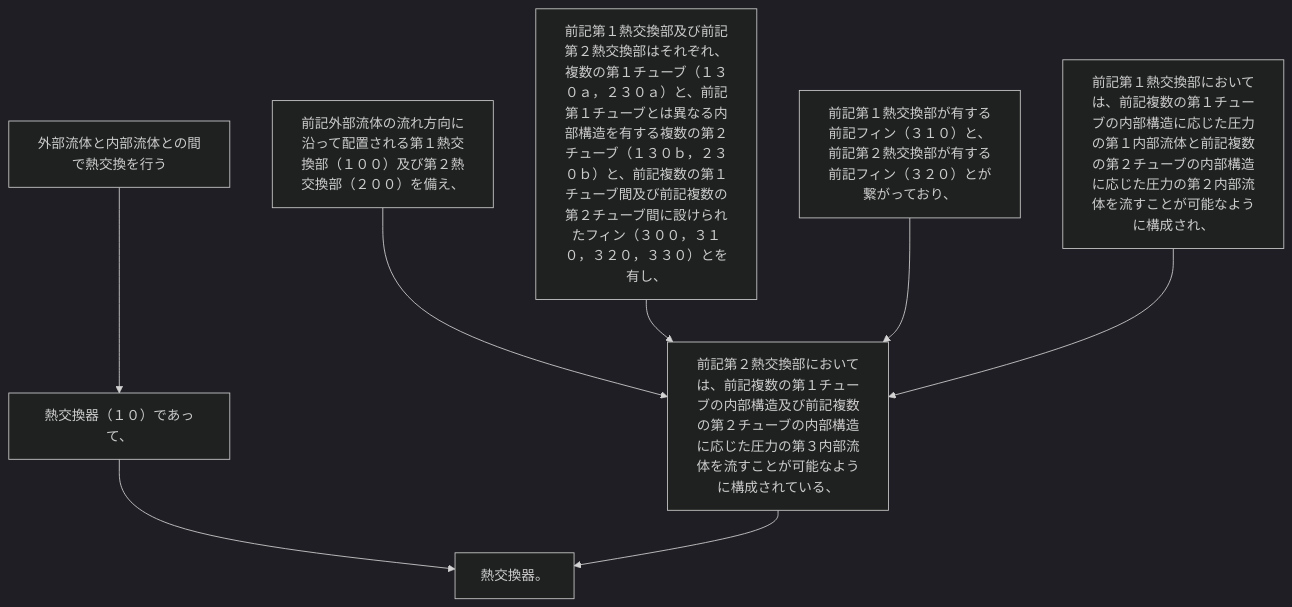
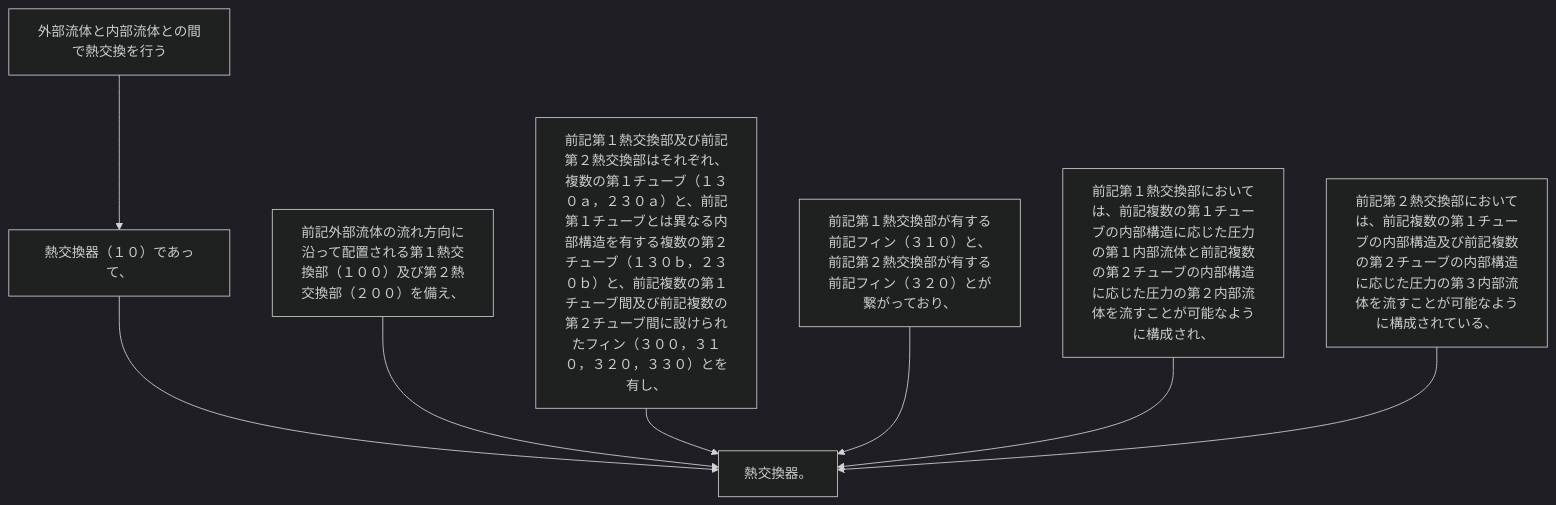
The diagram in 2024/JP2024007944A/claim_1/README.md (shinmori55/patent_analyzed), drawn with Mermaid (dark theme) before and after one commit. The commit also changed 11 other files, not shown here.

````diff
--- a/2024/JP2024007944A/claim_1/README.md
+++ b/2024/JP2024007944A/claim_1/README.md
@@ -7,18 +7,18 @@
 ```mermaid
 flowchart TD
 A[外部流体と内部流体との間で熱交換を行う]
 B[熱交換器（１０）であって、]
 C[前記外部流体の流れ方向に沿って配置される第１熱交換部（１００）及び第２熱交換部（２００）を備え、]
 D[前記第１熱交換部及び前記第２熱交換部はそれぞれ、複数の第１チューブ（１３０ａ，２３０ａ）と、前記第１チューブとは異なる内部構造を有する複数の第２チューブ（１３０ｂ，２３０ｂ）と、前記複数の第１チューブ間及び前記複数の第２チューブ間に設けられたフィン（３００，３１０，３２０，３３０）とを有し、]
 E[前記第１熱交換部が有する前記フィン（３１０）と、前記第２熱交換部が有する前記フィン（３２０）とが繋がっており、]
 F[前記第１熱交換部においては、前記複数の第１チューブの内部構造に応じた圧力の第１内部流体と前記複数の第２チューブの内部構造に応じた圧力の第２内部流体を流すことが可能なように構成され、]
 G[前記第２熱交換部においては、前記複数の第１チューブの内部構造及び前記複数の第２チューブの内部構造に応じた圧力の第３内部流体を流すことが可能なように構成されている、]
 H[熱交換器。]
 A --> B
 B --> H
-C --> G
-D --> G
-E --> G
-F --> G
+C --> H
+D --> H
+E --> H
+F --> H
 G --> H
 ```
````
